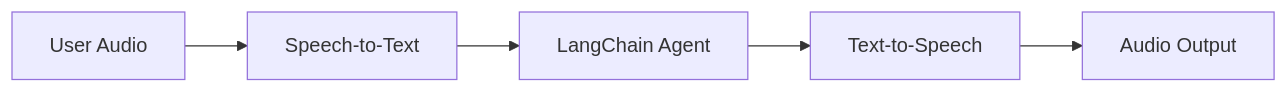
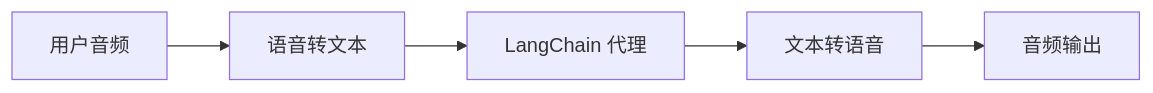
One commit to kunfan96/cndocs-langchain changed the first of 2 diagrams in oss/python/langchain/voice-agent.mdx. Above: the diagram before and after it, drawn with Mermaid. The commit also changed other lines of this file and 1450 other files, not shown here.

````diff
--- a/oss/python/langchain/voice-agent.mdx
+++ b/oss/python/langchain/voice-agent.mdx
@@ -37,7 +37,7 @@
 ```mermaid
 flowchart LR
-    A[User Audio] --> B[Speech-to-Text]
-    B --> C[LangChain Agent]
-    C --> D[Text-to-Speech]
-    D --> E[Audio Output]
+    A[用户音频] --> B[语音转文本]
+    B --> C[LangChain 代理]
+    C --> D[文本转语音]
+    D --> E[音频输出]
 ```
````
